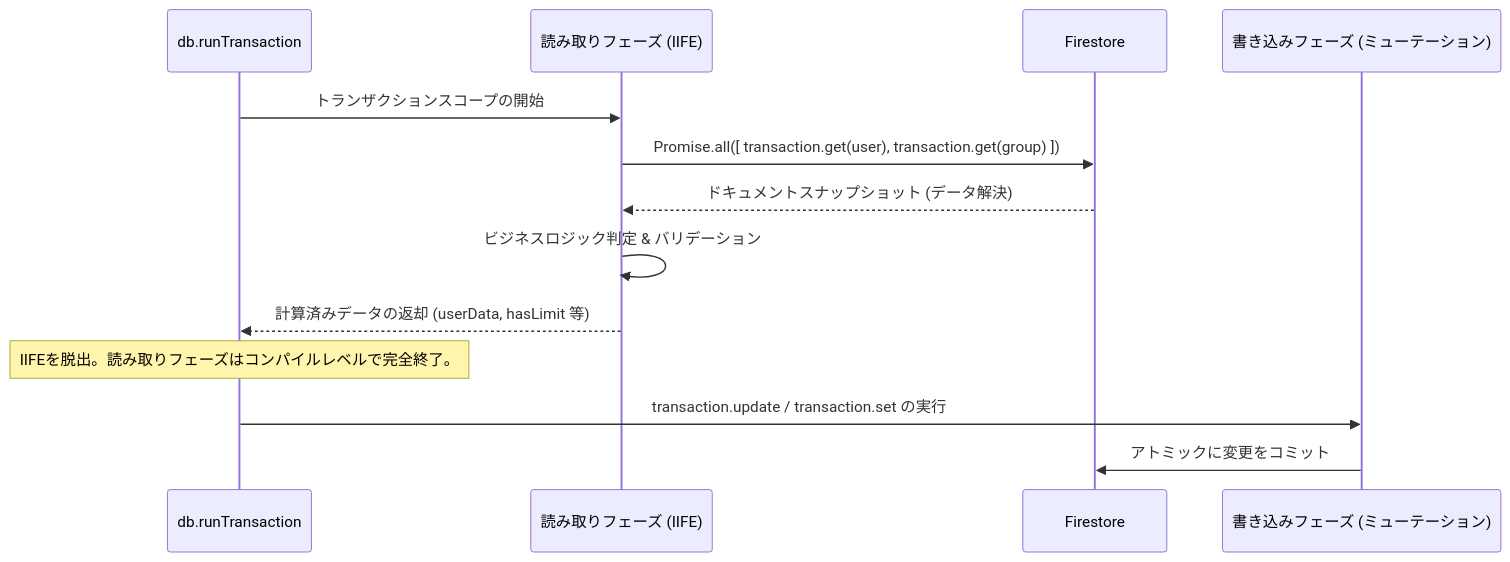
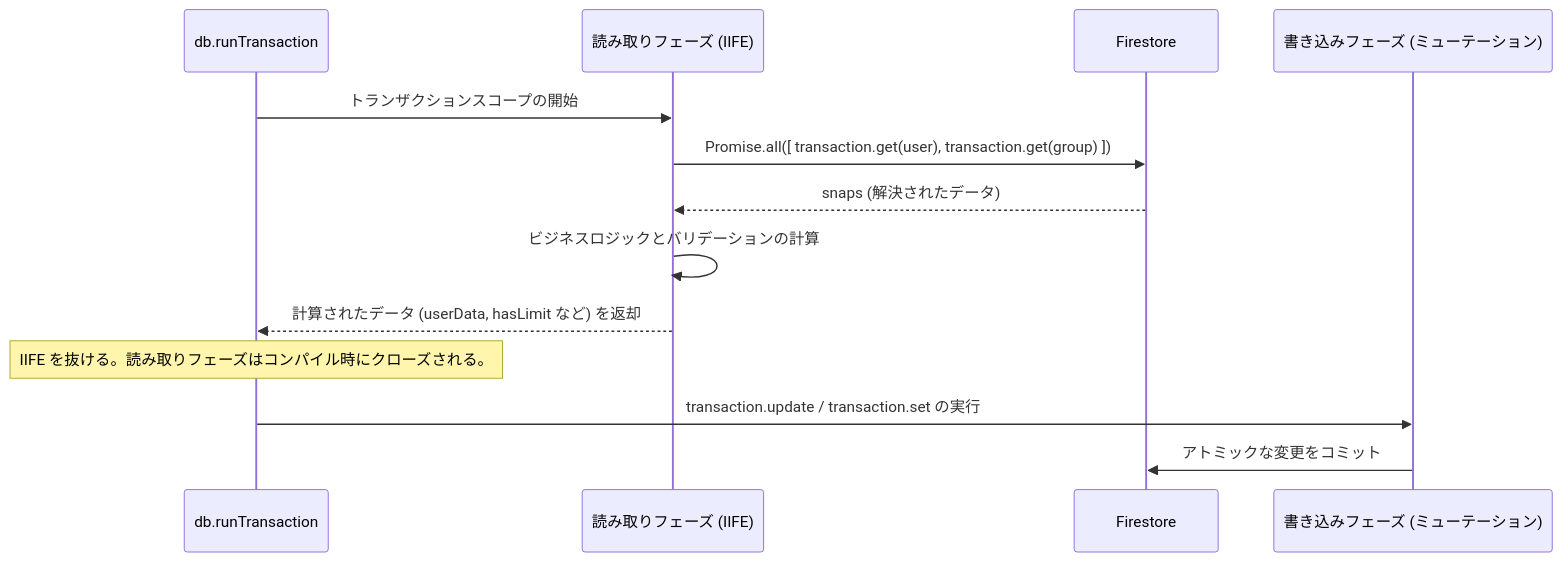
The diagram in docs/ja/details/firestore-transactions-counters.md (ScriptureHabit/scripture-habit), drawn with Mermaid before and after one commit. The commit also changed other lines of this file and 14 other files, not shown here.

````diff
--- a/docs/ja/details/firestore-transactions-counters.md
+++ b/docs/ja/details/firestore-transactions-counters.md
@@ -133,16 +17,16 @@
 ```mermaid
 sequenceDiagram
     participant Tx as db.runTransaction
     participant IIFE as 読み取りフェーズ (IIFE)
     participant DB as Firestore
     participant Write as 書き込みフェーズ (ミューテーション)
 
     Tx->>IIFE: トランザクションスコープの開始
     IIFE->>DB: Promise.all([ transaction.get(user), transaction.get(group) ])
-    DB-->>IIFE: ドキュメントスナップショット (データ解決)
-    IIFE->>IIFE: ビジネスロジック判定 & バリデーション
-    IIFE-->>Tx: 計算済みデータの返却 (userData, hasLimit 等)
-    Note over Tx: IIFEを脱出。読み取りフェーズはコンパイルレベルで完全終了。
+    DB-->>IIFE: snaps (解決されたデータ)
+    IIFE->>IIFE: ビジネスロジックとバリデーションの計算
+    IIFE-->>Tx: 計算されたデータ (userData, hasLimit など) を返却
+    Note over Tx: IIFE を抜ける。読み取りフェーズはコンパイル時にクローズされる。
     Tx->>Write: transaction.update / transaction.set の実行
-    Write->>DB: アトミックに変更をコミット
+    Write->>DB: アトミックな変更をコミット
 ```
````
